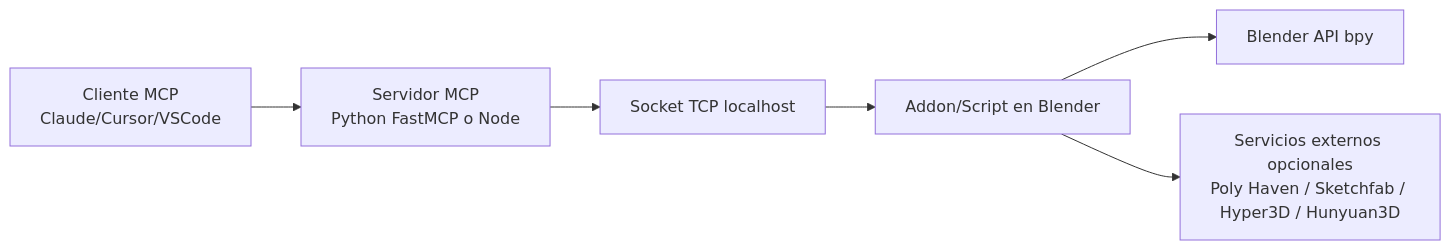
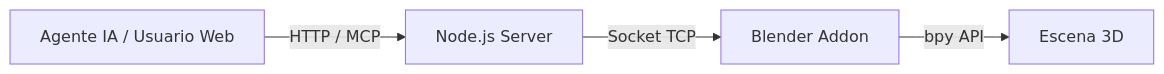
The diagram in README.md (joel1251/mcp-blender), drawn with Mermaid before and after one commit. The commit also changed other lines of this file and 14 other files, not shown here.

````diff
--- a/README.md
+++ b/README.md
@@ -41,8 +29,6 @@
 ```mermaid
 flowchart LR
-  A[Cliente MCP\nClaude/Cursor/VSCode] --> B[Servidor MCP\nPython FastMCP o Node]
-  B --> C[Socket TCP localhost]
-  C --> D[Addon/Script en Blender]
-  D --> E[Blender API bpy]
-  D --> F[Servicios externos opcionales\nPoly Haven / Sketchfab / Hyper3D / Hunyuan3D]
+    A[Agente IA / Usuario Web] -->|HTTP / MCP| B[Node.js Server]
+    B -->|Socket TCP| C[Blender Addon]
+    C -->|bpy API| D[Escena 3D]
 ```
````
